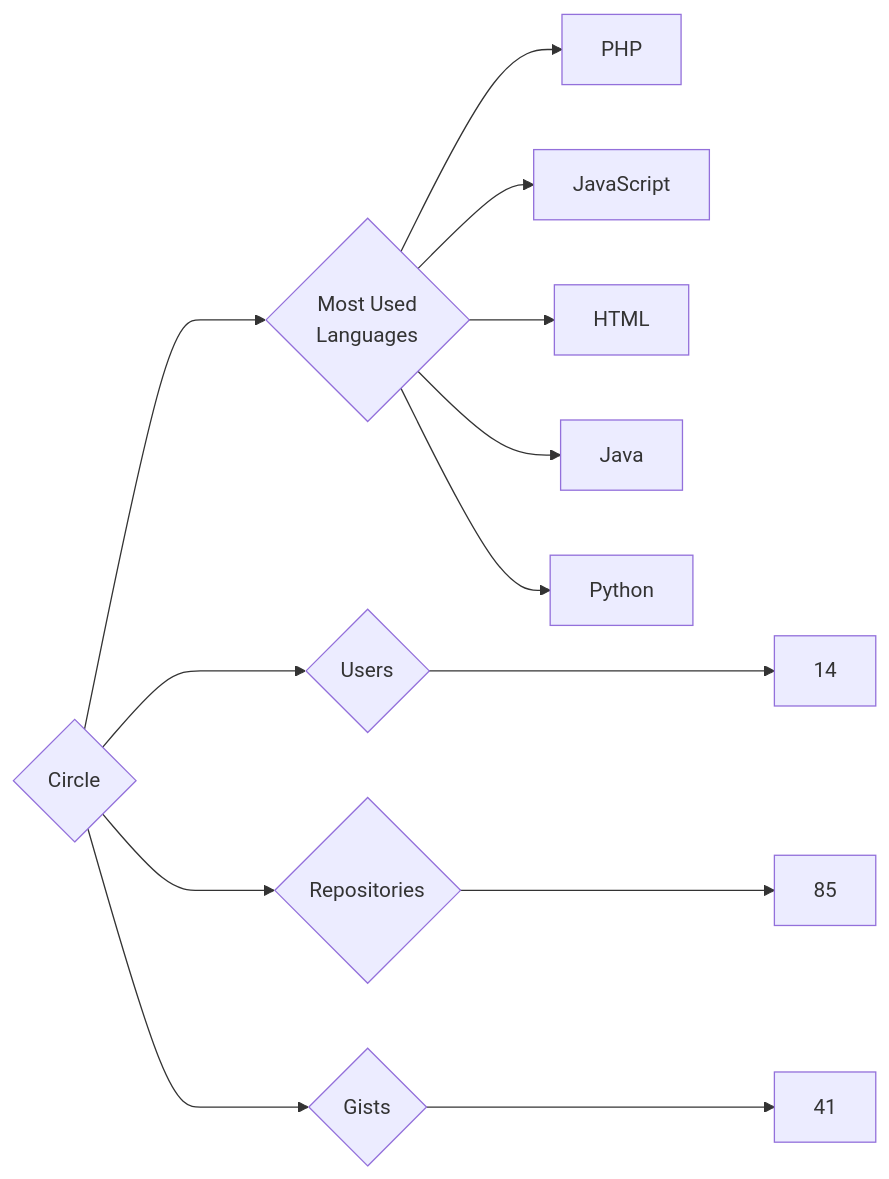
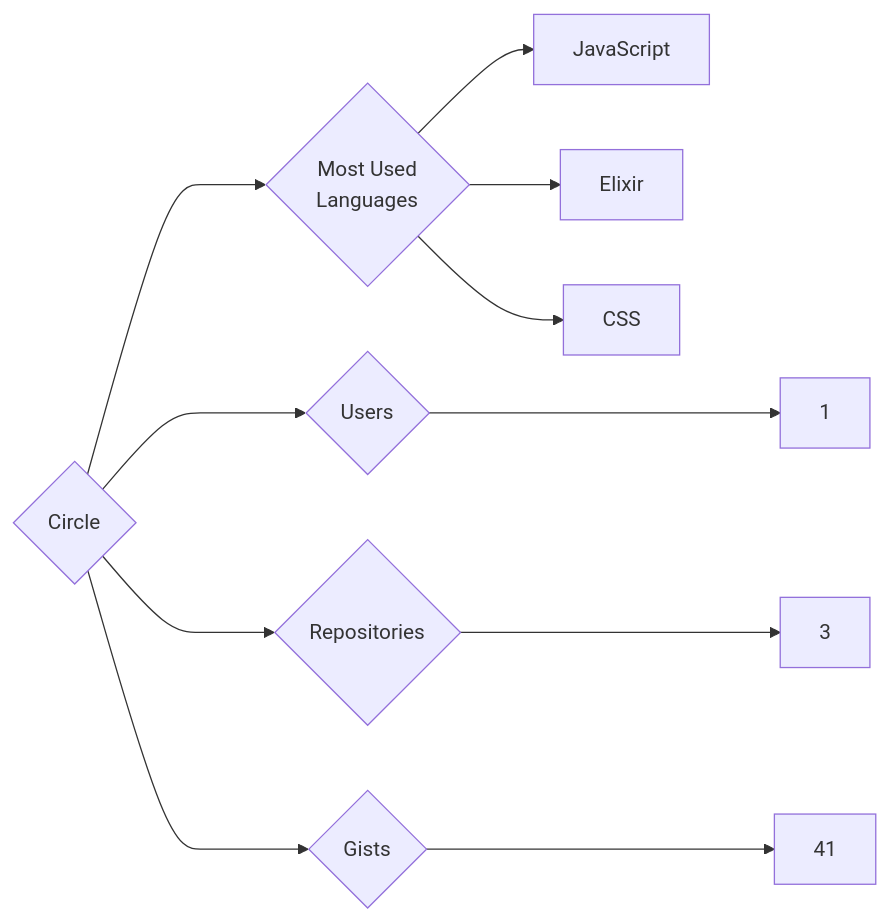
One commit to trickest/insiders changed the diagram in targets/Circle/README.md. Above: the diagram before and after it, drawn with Mermaid. The commit also changed 610 other files, not shown here.

````diff
--- a/targets/Circle/README.md
+++ b/targets/Circle/README.md
@@ -3,13 +3,11 @@
 ```mermaid
 graph LR
 COMPANY_NAME{Circle}
-COMPANY_NAME ---> U{Users} ---> UN[14]
-COMPANY_NAME ---> R{Repositories} ---> RN[85]
+COMPANY_NAME ---> U{Users} ---> UN[1]
+COMPANY_NAME ---> R{Repositories} ---> RN[3]
 COMPANY_NAME ---> G{Gists} ---> GN[41]
 COMPANY_NAME ---> ML{Most Used<br>Languages}
-ML --> PHP[PHP]
 ML --> JavaScript[JavaScript]
-ML --> HTML[HTML]
-ML --> Java[Java]
-ML --> Python[Python]
+ML --> Elixir[Elixir]
+ML --> CSS[CSS]
 ```
````
